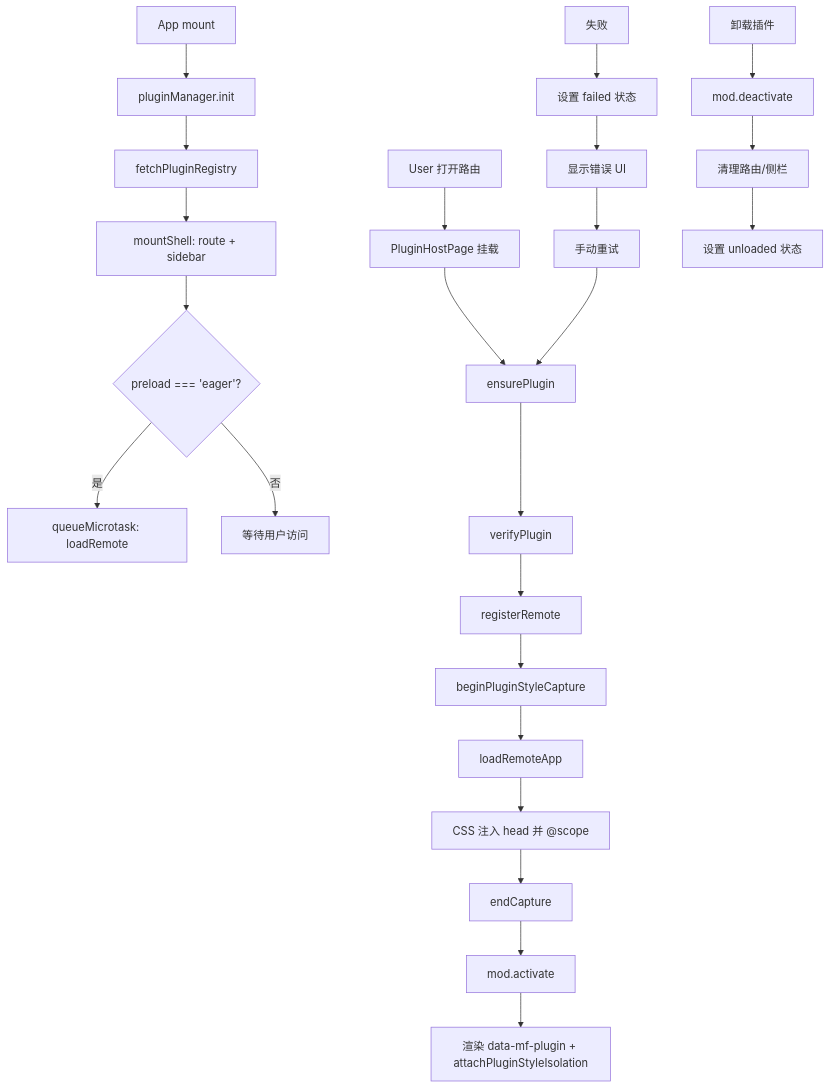
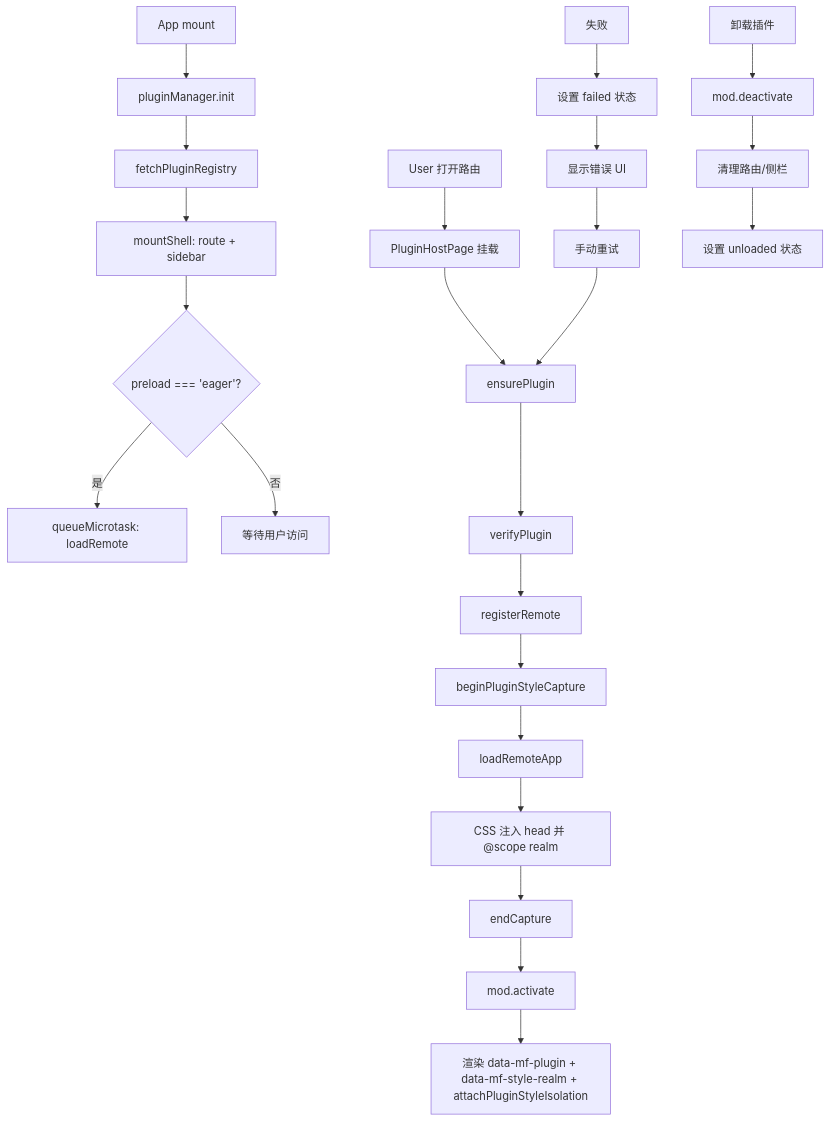
One commit to dnhyxc/dnhyxc-ai changed the seventh of 7 diagrams in apps/frontend/src/plugins/docs/mf-implementation-guide.md. Above: the diagram before and after it, drawn with Mermaid. The commit also changed other lines of this file and 24 other files, not shown here.

````diff
--- a/apps/frontend/src/plugins/docs/mf-implementation-guide.md
+++ b/apps/frontend/src/plugins/docs/mf-implementation-guide.md
@@ -4547,29 +5766,29 @@
 ```mermaid
 flowchart TD
     A[App mount] --> B[pluginManager.init]
     B --> C[fetchPluginRegistry]
     C --> D[mountShell: route + sidebar]
     D --> E{preload === 'eager'?}
     E -->|是| F[queueMicrotask: loadRemote]
     E -->|否| G[等待用户访问]
 
     H[User 打开路由] --> I[PluginHostPage 挂载]
     I --> J[ensurePlugin]
     J --> K[verifyPlugin]
     K --> L[registerRemote]
     L --> L2[beginPluginStyleCapture]
     L2 --> M[loadRemoteApp]
-    M --> M2[CSS 注入 head 并 @scope]
+    M --> M2[CSS 注入 head 并 @scope realm]
     M2 --> M3[endCapture]
     M3 --> N[mod.activate]
-    N --> O[渲染 data-mf-plugin + attachPluginStyleIsolation]
+    N --> O[渲染 data-mf-plugin + data-mf-style-realm + attachPluginStyleIsolation]
 
     P[失败] --> Q[设置 failed 状态]
     Q --> R[显示错误 UI]
     R --> S[手动重试]
     S --> J
 
     T[卸载插件] --> U[mod.deactivate]
     U --> V[清理路由/侧栏]
     V --> W[设置 unloaded 状态]
 ```
````
